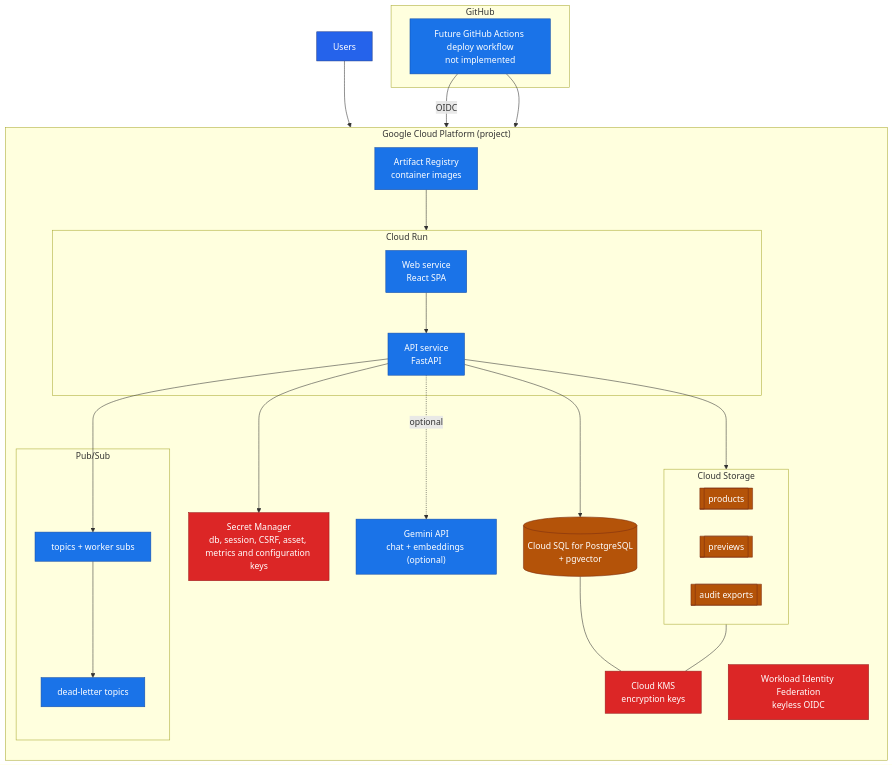
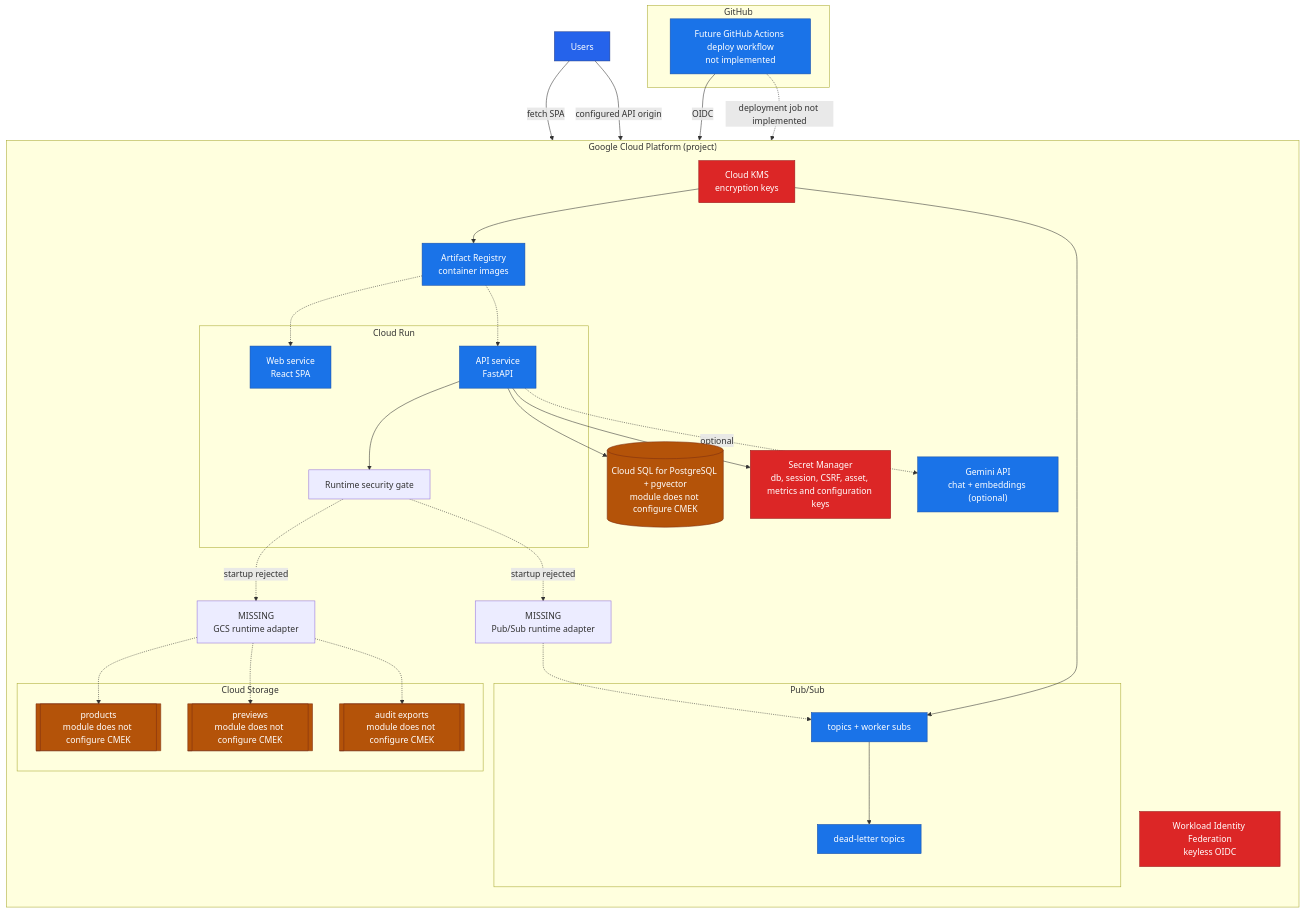
Before and after one commit to ShabalalaWATP/Coeus: the second of 2 diagrams in docs/ARCHITECTURE_DEPLOYMENT.md, drawn with Mermaid. The commit also changed other lines of this file and 32 other files, not shown here.

Commit message:
docs: add multi-view architecture atlas (#126)

````diff
--- a/docs/ARCHITECTURE_DEPLOYMENT.md
+++ b/docs/ARCHITECTURE_DEPLOYMENT.md
@@ -66,52 +72,65 @@
 ```mermaid
 flowchart TB
+    accTitle: Future-gated GCP resource shell
+    accDescr: Terraform can create keyless identity, registry, Cloud Run, SQL, buckets, Pub/Sub and secrets, but deployment plus GCS and Pub/Sub runtime adapters remain unimplemented.
+
     subgraph gh["GitHub"]
         GHA["Future GitHub Actions deploy workflow<br/>not implemented"]
     end
 
     subgraph gcp["Google Cloud Platform (project)"]
         direction TB
         WIF["Workload Identity Federation<br/>keyless OIDC"]
         AR["Artifact Registry<br/>container images"]
 
         subgraph run["Cloud Run"]
             WEBSVC["Web service<br/>React SPA"]
             APISVC["API service<br/>FastAPI"]
+            GATE["Runtime security gate"]
         end
 
-        SQL[("Cloud SQL for PostgreSQL<br/>+ pgvector")]
+        SQL[("Cloud SQL for PostgreSQL + pgvector<br/>module does not configure CMEK")]
         subgraph buckets["Cloud Storage"]
-            BPROD[["products"]]
-            BPREV[["previews"]]
-            BAUD[["audit exports"]]
+            BPROD[["products<br/>module does not configure CMEK"]]
+            BPREV[["previews<br/>module does not configure CMEK"]]
+            BAUD[["audit exports<br/>module does not configure CMEK"]]
         end
         subgraph msg["Pub/Sub"]
             TOPIC["topics + worker subs"]
             DLQ["dead-letter topics"]
         end
         SM["Secret Manager<br/>db, session, CSRF, asset, metrics and configuration keys"]
         KMS["Cloud KMS<br/>encryption keys"]
         GEMINI["Gemini API<br/>chat + embeddings (optional)"]
+        GCSAD["MISSING<br/>GCS runtime adapter"]
+        PSAD["MISSING<br/>Pub/Sub runtime adapter"]
     end
 
-    USERS["Users"] --> WEBSVC --> APISVC
+    USERS["Users"] -->|"fetch SPA"| WEBSVC
+    USERS -->|"configured API origin"| APISVC
     GHA -->|OIDC| WIF
-    GHA --> AR --> run
+    GHA -.->|"deployment job not implemented"| AR
+    AR -.-> WEBSVC
+    AR -.-> APISVC
+    APISVC --> GATE
     APISVC --> SQL
-    APISVC --> buckets
-    APISVC --> TOPIC
+    GATE -.->|"startup rejected"| GCSAD
+    GCSAD -.-> BPROD
+    GCSAD -.-> BPREV
+    GCSAD -.-> BAUD
+    GATE -.->|"startup rejected"| PSAD -.-> TOPIC
     TOPIC --> DLQ
     APISVC --> SM
     APISVC -.optional.-> GEMINI
-    SQL --- KMS
-    buckets --- KMS
+    KMS --> AR
+    KMS --> TOPIC
 
     classDef actor fill:#2563eb,stroke:#1e3a8a,color:#fff,stroke-width:1px
     classDef gcp fill:#1a73e8,stroke:#174ea6,color:#fff,stroke-width:1px
     classDef data fill:#b45309,stroke:#7c2d12,color:#fff,stroke-width:1px
     classDef sec fill:#dc2626,stroke:#991b1b,color:#fff,stroke-width:1px
     class USERS actor
     class WEBSVC,APISVC,AR,TOPIC,DLQ,GEMINI,GHA gcp
     class SQL,BPROD,BPREV,BAUD data
     class WIF,SM,KMS sec
 ```
````
